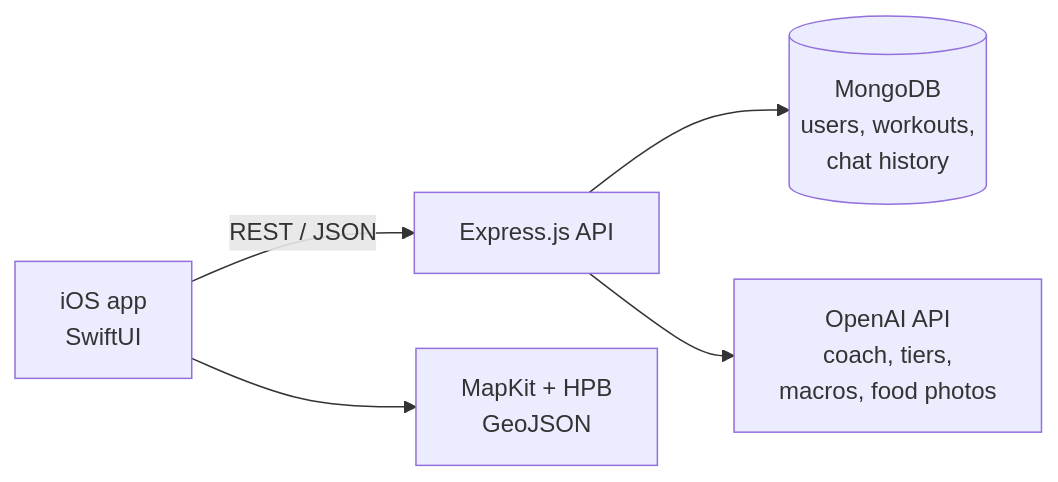
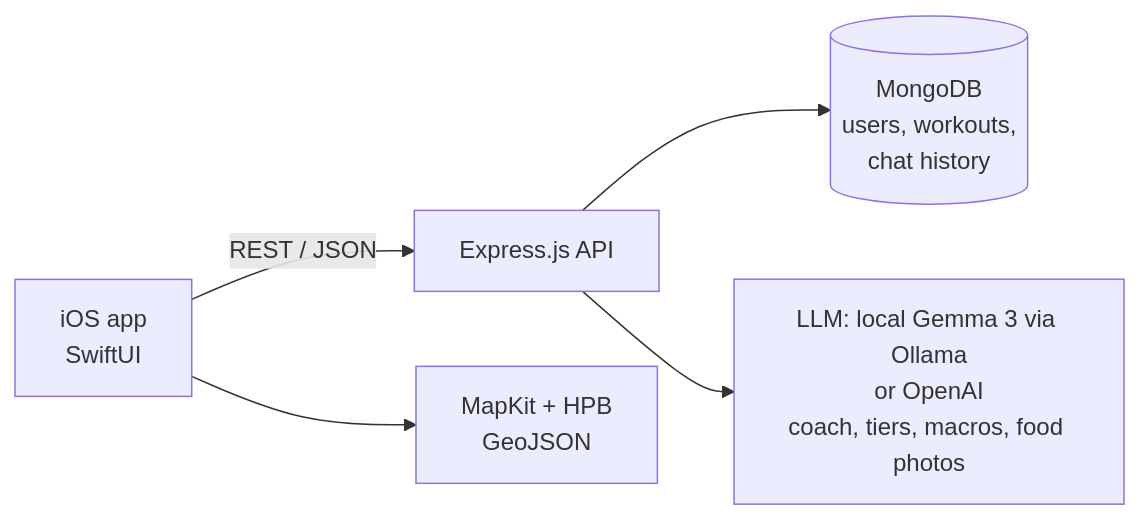
The diagram in README.md (dylantjy/MyG), drawn with Mermaid before and after one commit. The commit also changed other lines of this file and 4 other files, not shown here.

First line of the commit message:
Default to a free local model through Ollama

````diff
--- a/README.md
+++ b/README.md
@@ -64,7 +64,7 @@
 ```mermaid
 flowchart LR
     A["iOS app<br/>SwiftUI"] -->|REST / JSON| B["Express.js API"]
     B --> C[("MongoDB<br/>users, workouts,<br/>chat history")]
-    B --> D["OpenAI API<br/>coach, tiers,<br/>macros, food photos"]
+    B --> D["LLM: local Gemma 3 via Ollama<br/>or OpenAI<br/>coach, tiers, macros, food photos"]
     A --> F["MapKit + HPB<br/>GeoJSON"]
 ```
````
